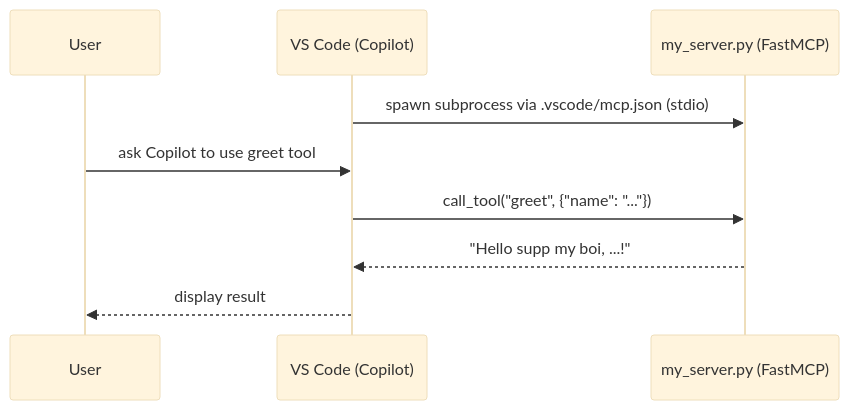
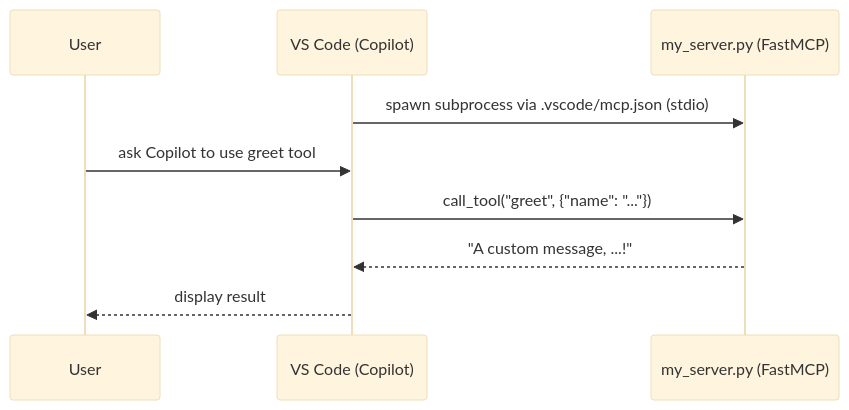
One commit to dejanu/anthropic_skilljar changed the second of 2 diagrams in Readme.md. Above: the diagram before and after it, drawn with Mermaid (base theme). The commit also changed other lines of this file, not shown here.

````diff
--- a/Readme.md
+++ b/Readme.md
@@ -145,12 +145,12 @@
 ```mermaid
 sequenceDiagram
     participant User
     participant VSCode as VS Code (Copilot)
     participant Server as my_server.py (FastMCP)
 
     VSCode->>Server: spawn subprocess via .vscode/mcp.json (stdio)
     User->>VSCode: ask Copilot to use greet tool
     VSCode->>Server: call_tool("greet", {"name": "..."})
-    Server-->>VSCode: "Hello supp my boi, ...!"
+    Server-->>VSCode: "A custom message, ...!"
     VSCode-->>User: display result
 ```
````
